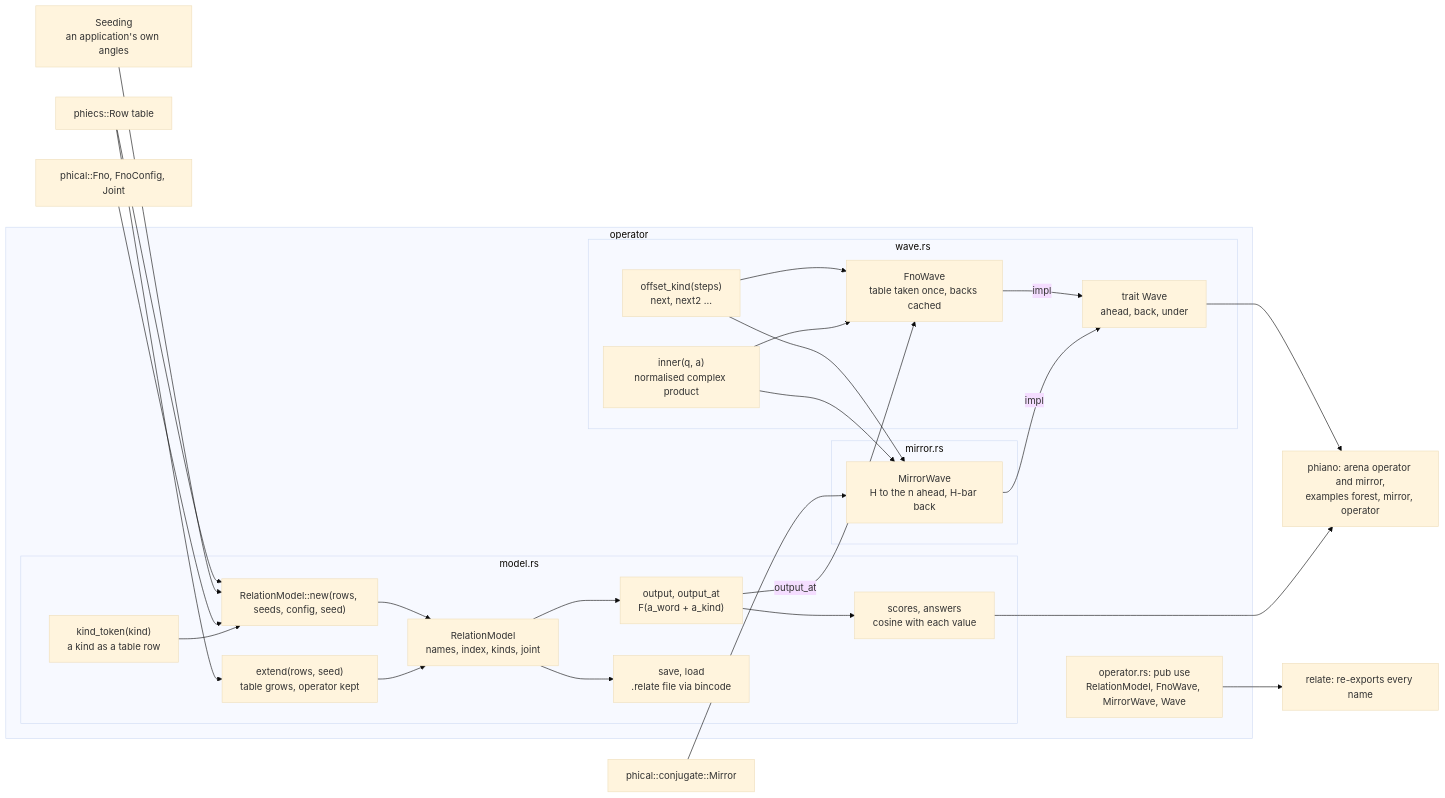
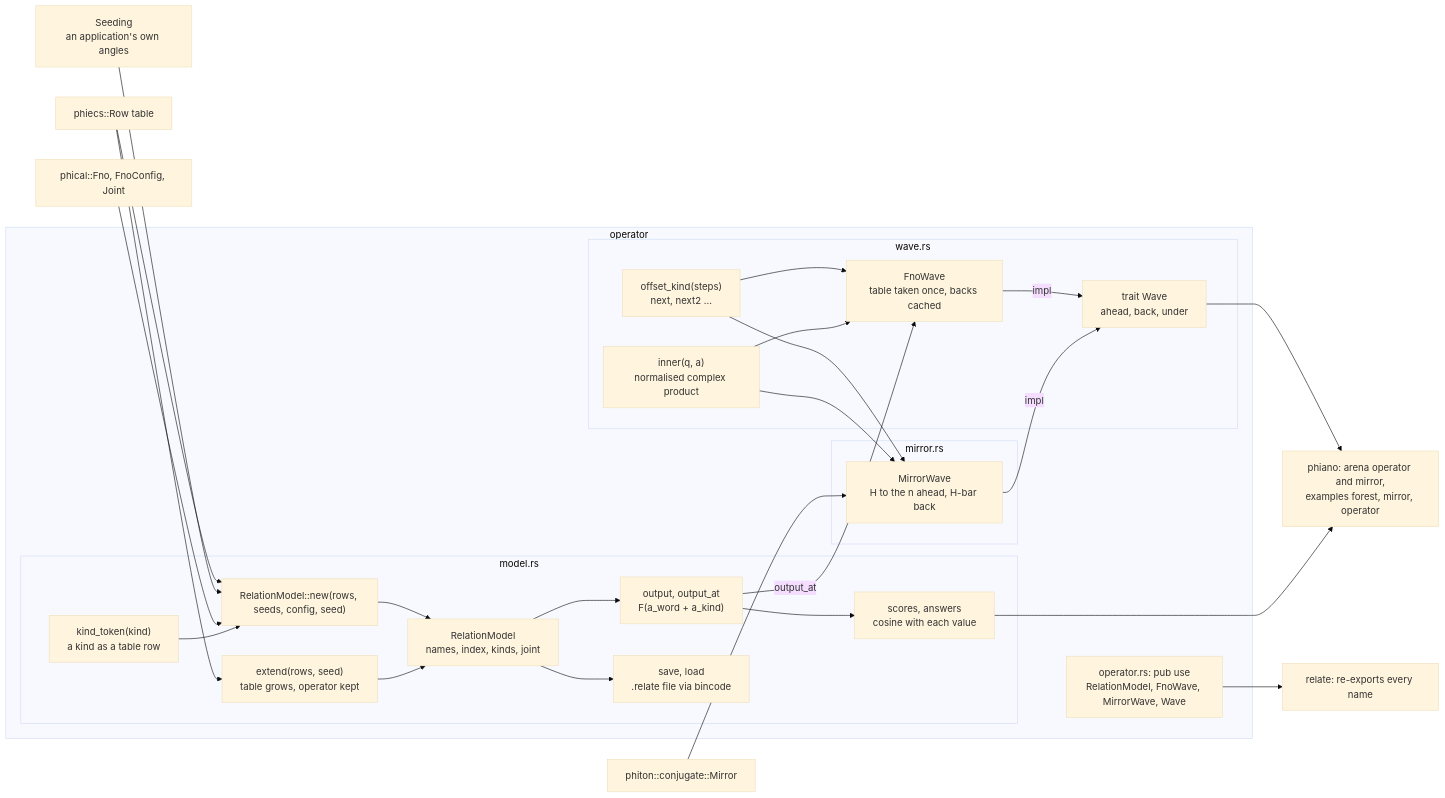
The diagram in docs/phient/operator.md (gemphi/phinet), drawn with Mermaid (base theme) before and after one commit. The commit also changed 105 other files, not shown here.

````diff
--- a/docs/phient/operator.md
+++ b/docs/phient/operator.md
@@ -3,52 +3,52 @@
 ```mermaid
 graph LR
     RowsIn["phiecs::Row table"]
     SeedsIn["Seeding<br/>an application's own angles"]
     PhicalIn["phical::Fno, FnoConfig, Joint"]
-    MirrorIn["phical::conjugate::Mirror"]
+    MirrorIn["phiton::conjugate::Mirror"]
     subgraph operatorMod["operator"]
         reexp["operator.rs: pub use<br/>RelationModel, FnoWave, MirrorWave, Wave"]
         subgraph modelRs["model.rs"]
             kindToken["kind_token(kind)<br/>a kind as a table row"]
             newFn["RelationModel::new(rows, seeds, config, seed)"]
             ModelT["RelationModel<br/>names, index, kinds, joint"]
             extendFn["extend(rows, seed)<br/>table grows, operator kept"]
             outputFn["output, output_at<br/>F(a_word + a_kind)"]
             scoresFn["scores, answers<br/>cosine with each value"]
             saveLoad["save, load<br/>.relate file via bincode"]
         end
         subgraph waveRs["wave.rs"]
             WaveT["trait Wave<br/>ahead, back, under"]
             innerFn["inner(q, a)<br/>normalised complex product"]
             offsetKind["offset_kind(steps)<br/>next, next2 ..."]
             FnoWaveT["FnoWave<br/>table taken once, backs cached"]
         end
         subgraph mirrorRs["mirror.rs"]
             MirrorWaveT["MirrorWave<br/>H to the n ahead, H-bar back"]
         end
     end
     RelateRe["relate: re-exports every name"]
     ReadersOut["phiano: arena operator and mirror,<br/>examples forest, mirror, operator"]
 
     RowsIn --> newFn
     SeedsIn --> newFn
     PhicalIn --> newFn
     kindToken --> newFn
     newFn --> ModelT
     RowsIn --> extendFn
     extendFn --> ModelT
     ModelT --> outputFn
     outputFn --> scoresFn
     ModelT --> saveLoad
     outputFn -->|"output_at"| FnoWaveT
     offsetKind --> FnoWaveT
     offsetKind --> MirrorWaveT
     innerFn --> FnoWaveT
     innerFn --> MirrorWaveT
     MirrorIn --> MirrorWaveT
     FnoWaveT -->|"impl"| WaveT
     MirrorWaveT -->|"impl"| WaveT
     reexp --> RelateRe
     WaveT --> ReadersOut
     scoresFn --> ReadersOut
 ```
````
